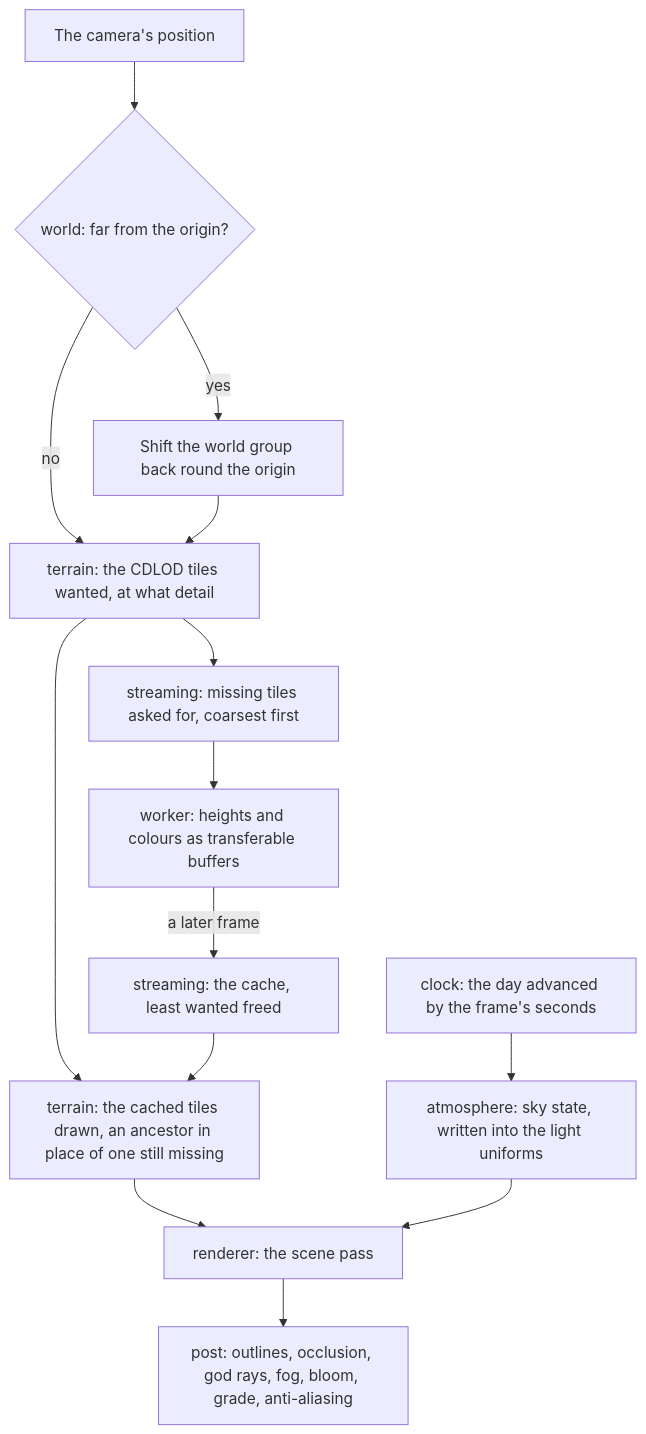
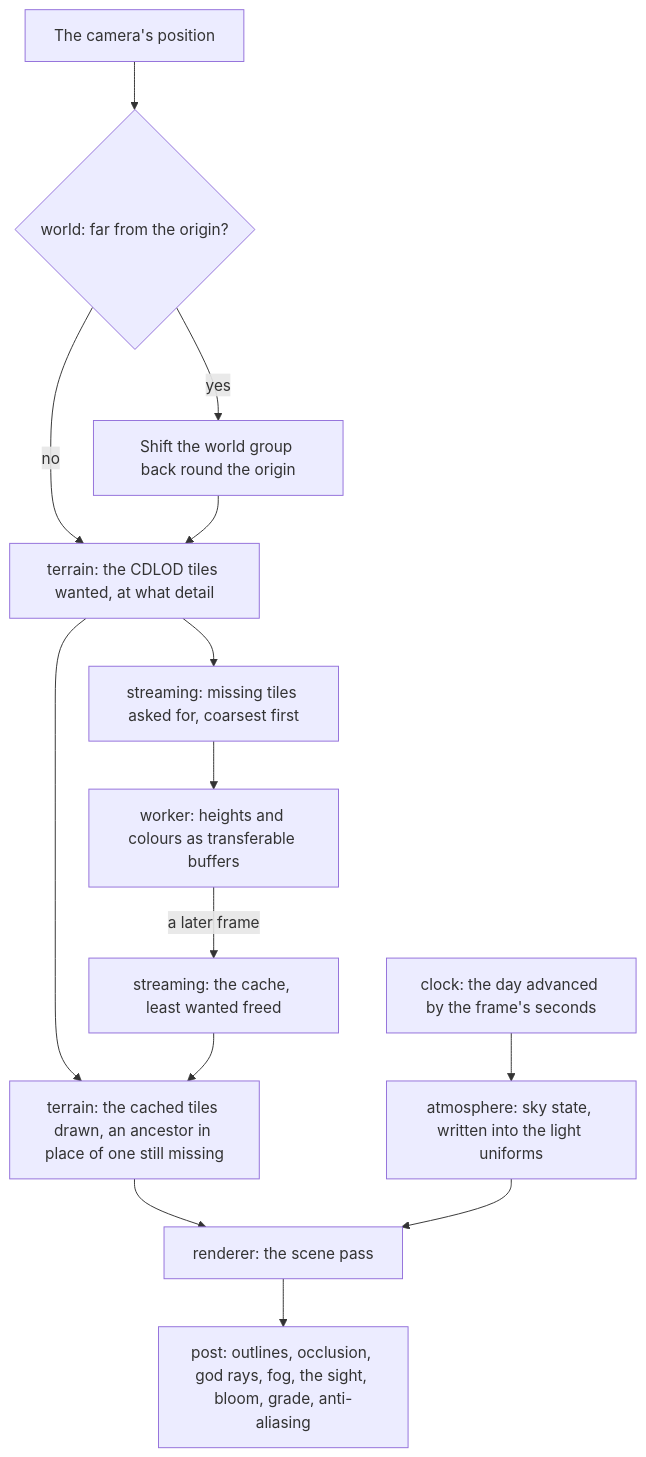
One commit to Esposter/Esposter changed the diagram in apps/web/content/docs/genshin/engine-architecture.md. Above: the diagram before and after it, drawn with Mermaid. The commit also changed other lines of this file and 9 other files, not shown here.

````diff
--- a/apps/web/content/docs/genshin/engine-architecture.md
+++ b/apps/web/content/docs/genshin/engine-architecture.md
@@ -48,16 +48,16 @@
 ```mermaid
 flowchart TD
   CLK["clock: the day advanced by the frame's seconds"] --> ATM["atmosphere: sky state, written into the light uniforms"]
   CAM["The camera's position"] --> ORG{"world: far from the origin?"}
   ORG -->|yes| SHIFT["Shift the world group back round the origin"]
   ORG -->|no| SEL
   SHIFT --> SEL["terrain: the CDLOD tiles wanted, at what detail"]
   SEL --> DRW["terrain: the cached tiles drawn, an ancestor in place of one still missing"]
   SEL --> STR["streaming: missing tiles asked for, coarsest first"]
   STR --> WK["worker: heights and colours as transferable buffers"]
   WK -->|a later frame| CACHE["streaming: the cache, least wanted freed"]
   CACHE --> DRW
   DRW --> RND["renderer: the scene pass"]
   ATM --> RND
-  RND --> PST["post: outlines, occlusion, god rays, fog, bloom, grade, anti-aliasing"]
+  RND --> PST["post: outlines, occlusion, god rays, fog, the sight, bloom, grade, anti-aliasing"]
 ```
````
